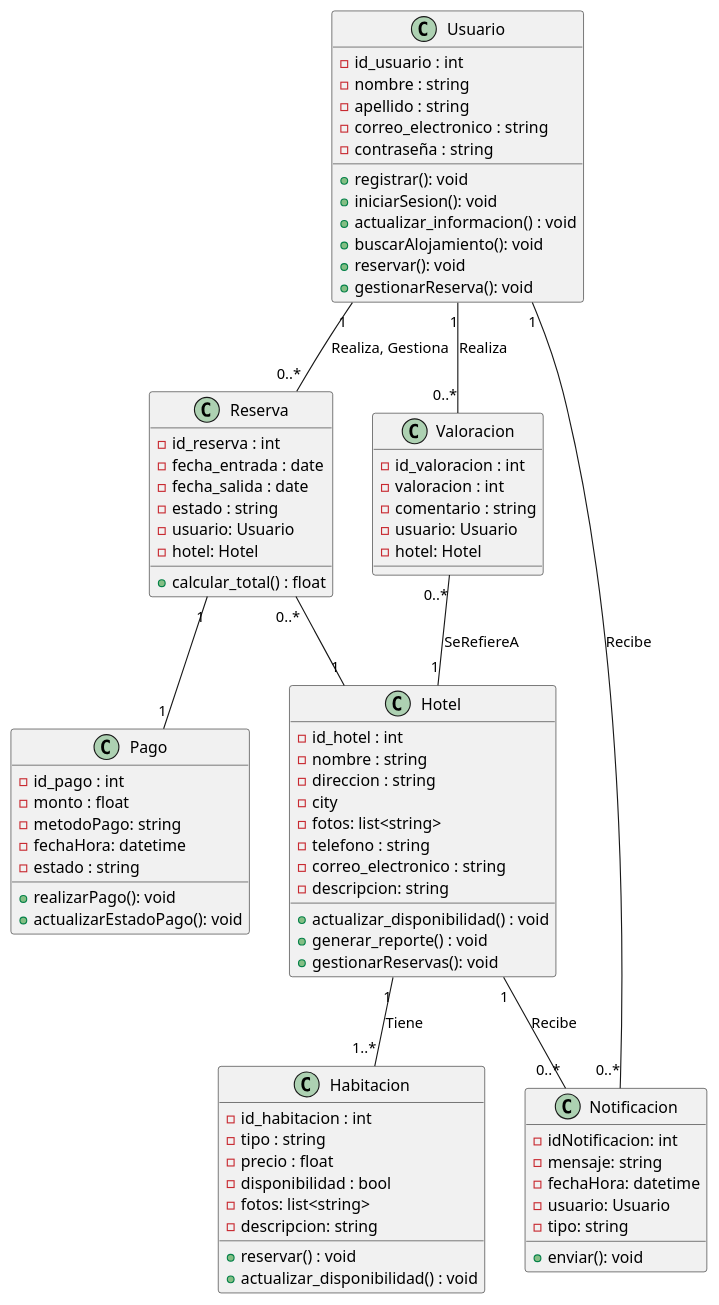
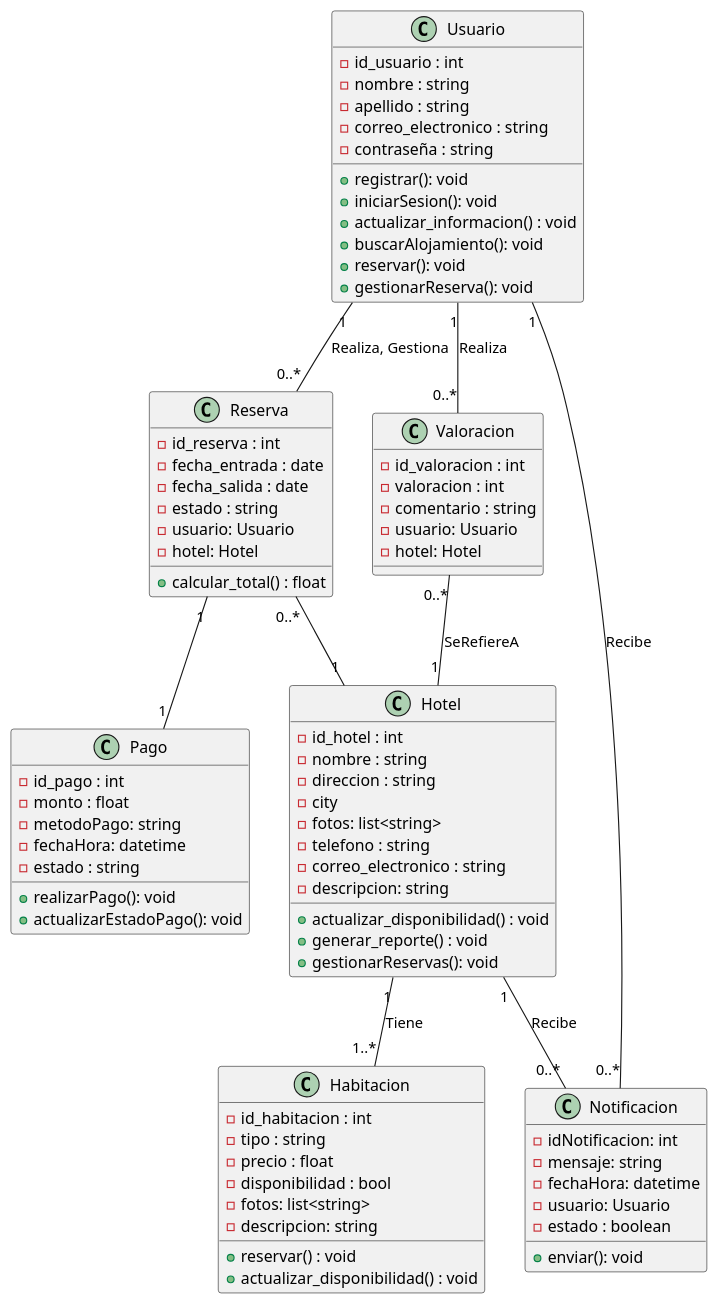
One commit to EvilUser10/Proyecto-Reservas changed the diagram in hoteles.plantuml. Above: the diagram before and after it, drawn with PlantUML. The commit also changed 18 other files, not shown here.

```diff
--- a/hoteles.plantuml
+++ b/hoteles.plantuml
@@ -1,89 +1,89 @@
 @startuml Hoteles
 class Usuario {
     - id_usuario : int
     - nombre : string
     - apellido : string
     - correo_electronico : string
     - contraseña : string
     + registrar(): void
     + iniciarSesion(): void
     + actualizar_informacion() : void
     + buscarAlojamiento(): void
     + reservar(): void
     + gestionarReserva(): void
 }
 
 
 
 class Hotel {
     - id_hotel : int
     - nombre : string
     - direccion : string
     - city
     - fotos: list<string>
     - telefono : string
     - correo_electronico : string
     - descripcion: string
     + actualizar_disponibilidad() : void
     + generar_reporte() : void
     + gestionarReservas(): void
 }
 
 class Habitacion {
     - id_habitacion : int
     - tipo : string
     - precio : float
     - disponibilidad : bool
     - fotos: list<string>
     - descripcion: string
     + reservar() : void
     + actualizar_disponibilidad() : void
 }
 
 class Reserva {
     - id_reserva : int
     - fecha_entrada : date
     - fecha_salida : date
     - estado : string
     - usuario: Usuario
     - hotel: Hotel
     + calcular_total() : float
 }
 
 class Pago {
     - id_pago : int
     - monto : float
     - metodoPago: string
     - fechaHora: datetime
     - estado : string
     + realizarPago(): void
     + actualizarEstadoPago(): void
 }
 
 class Valoracion {
     - id_valoracion : int
     - valoracion : int
     - comentario : string
     - usuario: Usuario
     - hotel: Hotel
 }
 
 class Notificacion {
     - idNotificacion: int
     - mensaje: string
     - fechaHora: datetime
     - usuario: Usuario
-    - tipo: string
+    - estado : boolean
     + enviar(): void
 }
 Usuario "1" -- "0..*" Reserva : Realiza, Gestiona
 Usuario "1" -- "0..*" Valoracion : Realiza
 Usuario "1" -- "0..*" Notificacion : Recibe
 
 Reserva "1" -- "1" Pago
 Reserva "0..*" -- "1" Hotel
 Valoracion "0..*" -- "1" Hotel : SeRefiereA
 Hotel "1" -- "0..*" Notificacion : Recibe
 
 Hotel "1" -- "1..*" Habitacion : Tiene
 @enduml
```
